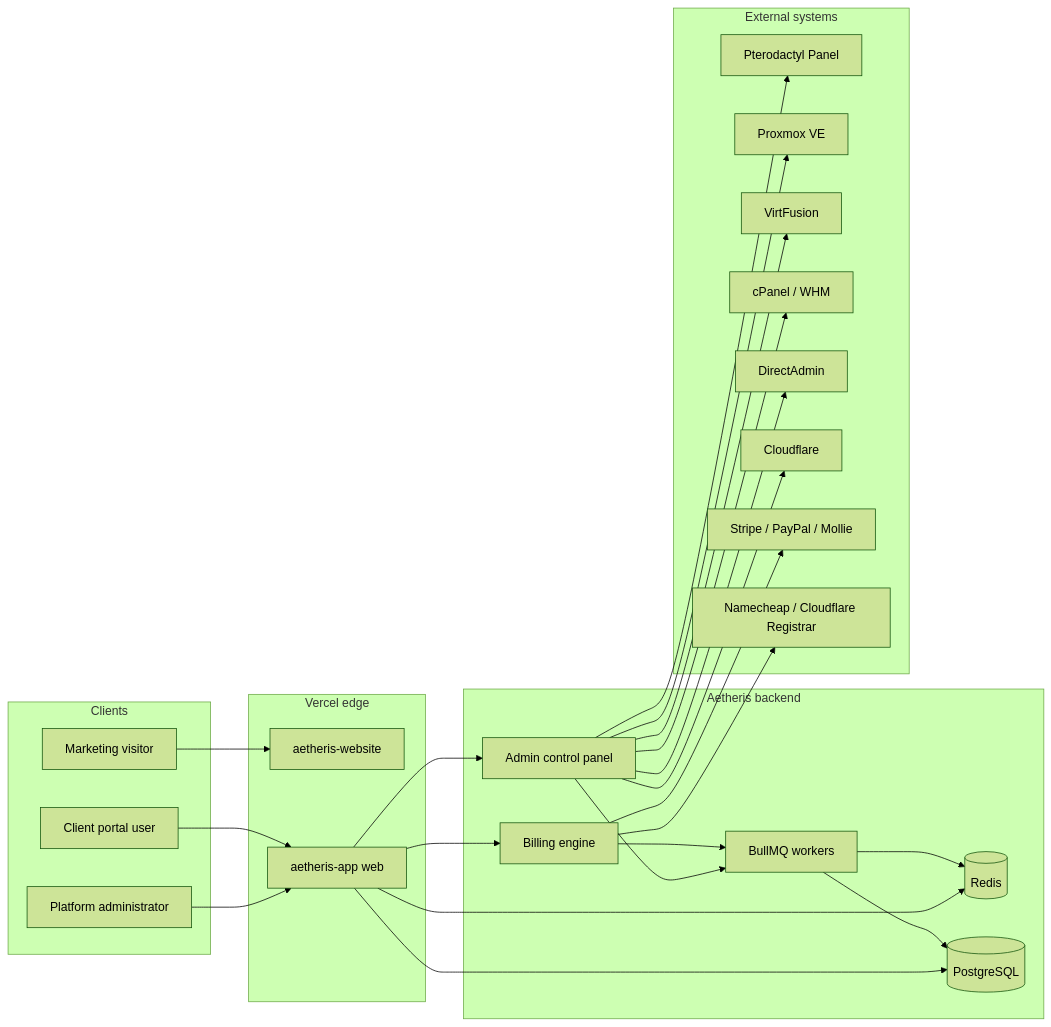
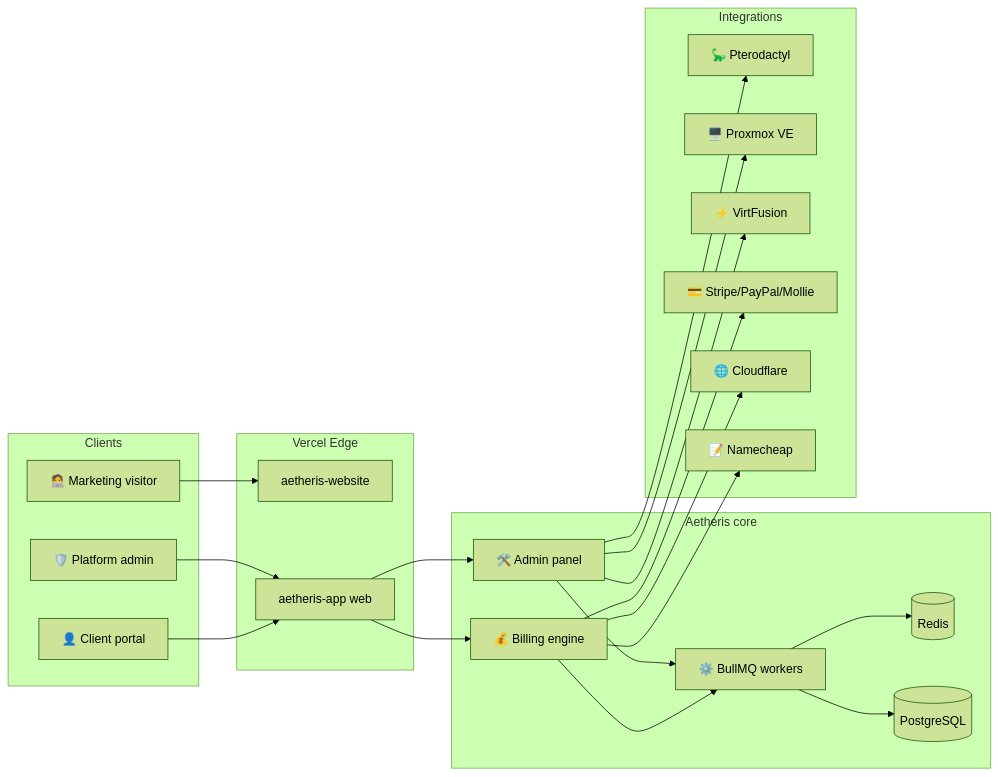
Before and after one commit to aetheris-project/aetheris-app: the first of 2 diagrams in README.md, drawn with Mermaid (forest theme). The commit also changed other lines of this file and 4 other files, not shown here.

````diff
--- a/README.md
+++ b/README.md
@@ -34,54 +62,39 @@
 ```mermaid
 flowchart LR
   subgraph Clients
-    Visitor[Marketing visitor]
-    ClientUser[Client portal user]
-    Admin[Platform administrator]
+    Visitor[🧑‍💻 Marketing visitor]
+    ClientUser[👤 Client portal]
+    Admin[🛡️ Platform admin]
   end
 
-  subgraph Vercel[Vercel edge]
+  subgraph Edge[Vercel Edge]
     Site[aetheris-website]
     App[aetheris-app web]
   end
 
-  subgraph Backend[Aetheris backend]
-    Billing[Billing engine]
-    AdminPlane[Admin control panel]
-    Workers[BullMQ workers]
+  subgraph Core[Aetheris core]
+    Billing[💰 Billing engine]
+    AdminPlane[🛠️ Admin panel]
+    Workers[⚙️ BullMQ workers]
     Redis[(Redis)]
     Postgres[(PostgreSQL)]
   end
 
-  subgraph Providers[External systems]
-    Ptero[Pterodactyl Panel]
-    PVE[Proxmox VE]
-    VF[VirtFusion]
-    CPanel[cPanel / WHM]
-    DA[DirectAdmin]
-    CF[Cloudflare]
-    Pay[Stripe / PayPal / Mollie]
-    Reg[Namecheap / Cloudflare Registrar]
+  subgraph External[Integrations]
+    Ptero[🦕 Pterodactyl]
+    PVE[🖥️ Proxmox VE]
+    VF[⚡ VirtFusion]
+    Pay[💳 Stripe/PayPal/Mollie]
+    CF[🌐 Cloudflare]
+    Reg[📝 Namecheap]
   end
 
   Visitor --> Site
   ClientUser --> App
   Admin --> App
-
-  App --> Billing
-  App --> AdminPlane
-  Billing --> Workers
-  AdminPlane --> Workers
-  Workers --> Redis
-  Workers --> Postgres
-  App --> Postgres
-  App --> Redis
-
-  AdminPlane --> Ptero
-  AdminPlane --> PVE
-  AdminPlane --> VF
-  AdminPlane --> CPanel
-  AdminPlane --> DA
-  AdminPlane --> CF
-  Billing --> Pay
-  Billing --> Reg
+  App --> Billing --> Workers
+  App --> AdminPlane --> Workers
+  Workers --> Redis & Postgres
+  AdminPlane --> Ptero & PVE & VF
+  Billing --> Pay & Reg & CF
 ```
````
